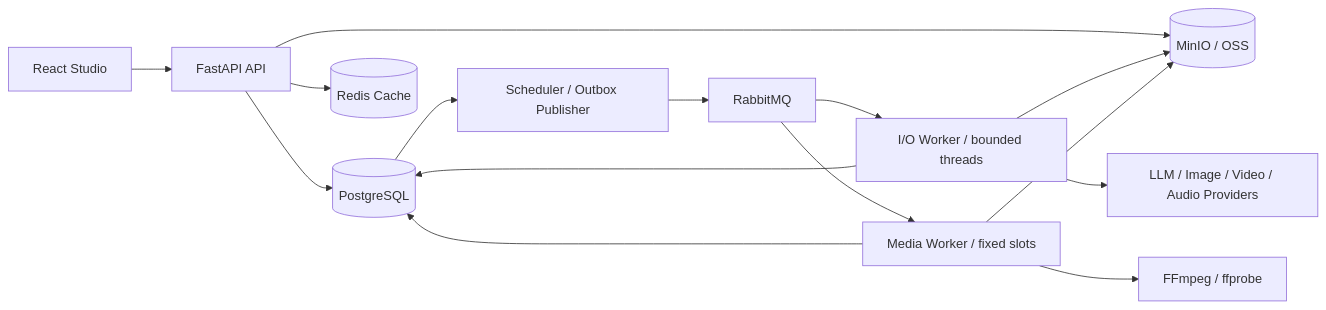
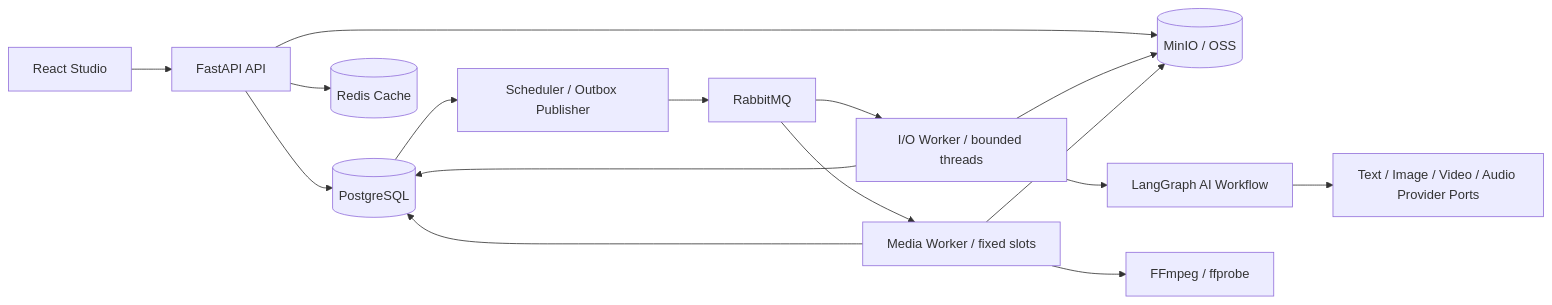
One commit to StephenQiu30/lanverse changed the diagram in docs/design/002-人工智能短剧平台架构与技术选型.md. Above: the diagram before and after it, drawn with Mermaid. The commit also changed other lines of this file and 7 other files, not shown here.

````diff
--- a/docs/design/002-人工智能短剧平台架构与技术选型.md
+++ b/docs/design/002-人工智能短剧平台架构与技术选型.md
@@ -37,17 +37,18 @@
 ```mermaid
 flowchart LR
     UI["React Studio"] --> API["FastAPI API"]
     API --> PG[(PostgreSQL)]
     API --> REDIS[(Redis Cache)]
     API --> STORE[(MinIO / OSS)]
     PG --> PUB["Scheduler / Outbox Publisher"]
     PUB --> MQ["RabbitMQ"]
     MQ --> IOW["I/O Worker / bounded threads"]
     MQ --> MEDIAW["Media Worker / fixed slots"]
     IOW --> PG
     IOW --> STORE
-    IOW --> MODEL["LLM / Image / Video / Audio Providers"]
+    IOW --> AIG["LangGraph AI Workflow"]
+    AIG --> MODEL["Text / Image / Video / Audio Provider Ports"]
     MEDIAW --> PG
     MEDIAW --> STORE
     MEDIAW --> MEDIA["FFmpeg / ffprobe"]
 ```
````
